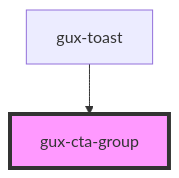
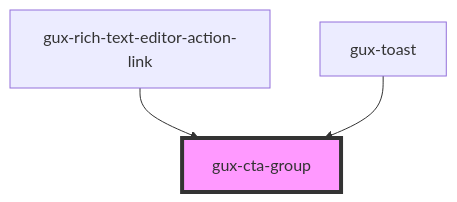
Before and after one commit to MyPureCloud/genesys-spark: the diagram in packages/genesys-spark-components/src/components/beta/gux-cta-group/readme.md, drawn with Mermaid. The commit also changed other lines of this file and 14 other files, not shown here.

First line of the commit message:
perf(rich-text-editor): adding extra functionality to link

````diff
--- a/packages/genesys-spark-components/src/components/beta/gux-cta-group/readme.md
+++ b/packages/genesys-spark-components/src/components/beta/gux-cta-group/readme.md
@@ -23,5 +24,6 @@
 ```mermaid
 graph TD;
+  gux-rich-text-editor-action-link --> gux-cta-group
   gux-toast --> gux-cta-group
   style gux-cta-group fill:#f9f,stroke:#333,stroke-width:4px
 ```
````
